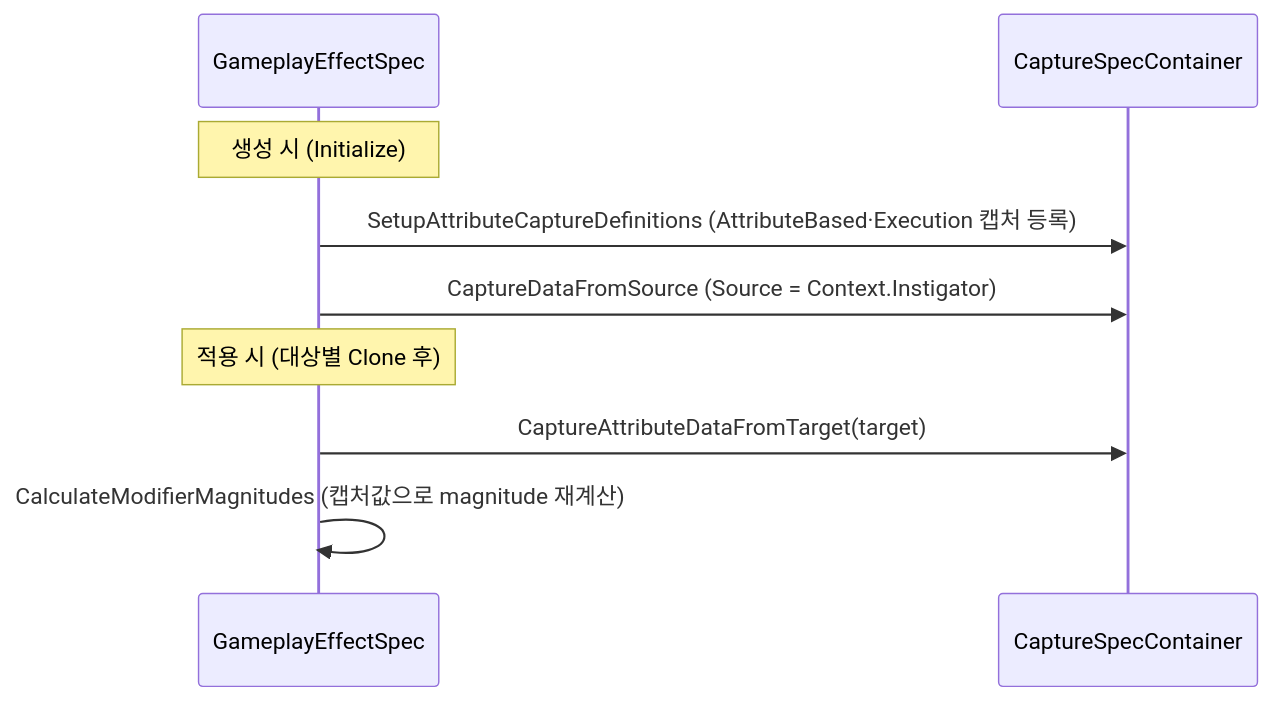
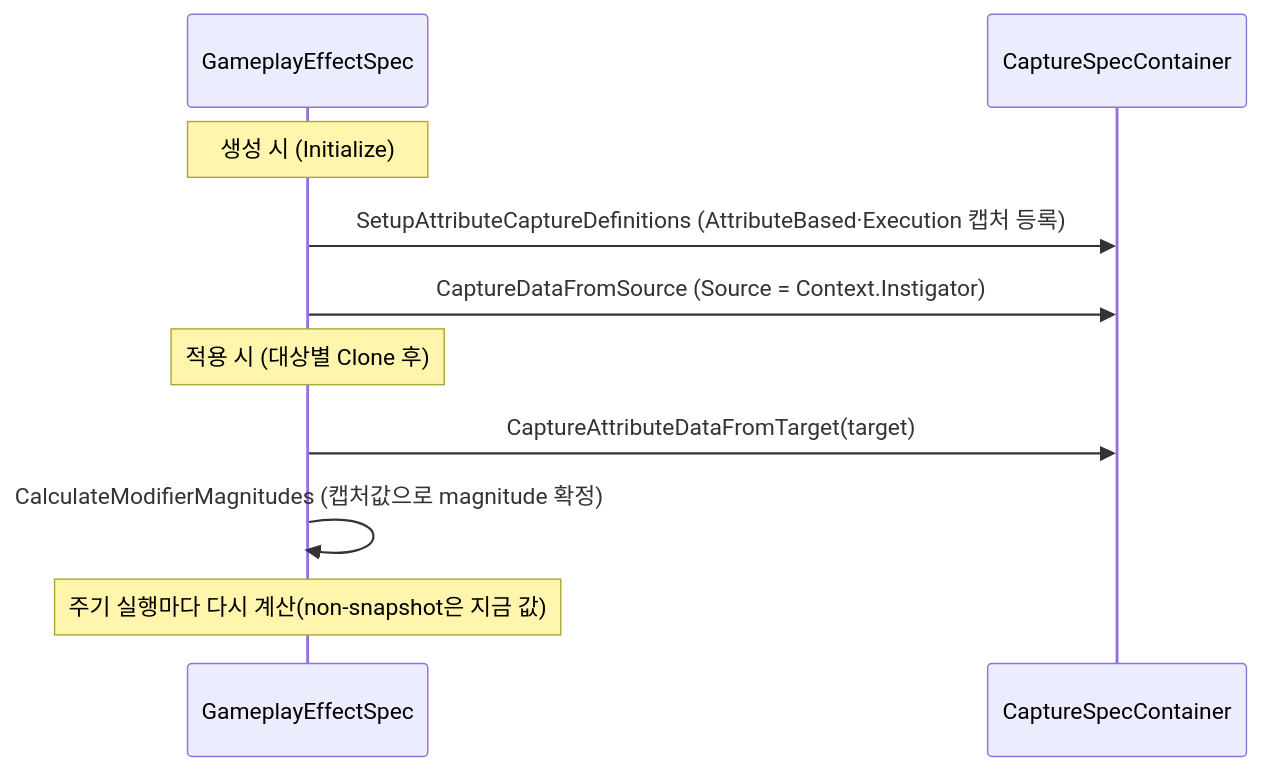
The second of 2 diagrams in dev-docs/project/architecture/ability-system/capture.md (hanaaple/AbilitySystem-For-Unity), drawn with Mermaid before and after one commit. The commit also changed other lines of this file and 862 other files, not shown here.

````diff
--- a/dev-docs/project/architecture/ability-system/capture.md
+++ b/dev-docs/project/architecture/ability-system/capture.md
@@ -28,12 +28,13 @@
 ```mermaid
 sequenceDiagram
     participant Spec as GameplayEffectSpec
     participant Cont as CaptureSpecContainer
 
     Note over Spec: 생성 시 (Initialize)
     Spec->>Cont: SetupAttributeCaptureDefinitions (AttributeBased·Execution 캡처 등록)
     Spec->>Cont: CaptureDataFromSource (Source = Context.Instigator)
     Note over Spec: 적용 시 (대상별 Clone 후)
     Spec->>Cont: CaptureAttributeDataFromTarget(target)
-    Spec->>Spec: CalculateModifierMagnitudes (캡처값으로 magnitude 재계산)
+    Spec->>Spec: CalculateModifierMagnitudes (캡처값으로 magnitude 확정)
+    Note over Spec: 주기 실행마다 다시 계산(non-snapshot은 지금 값)
 ```
````
